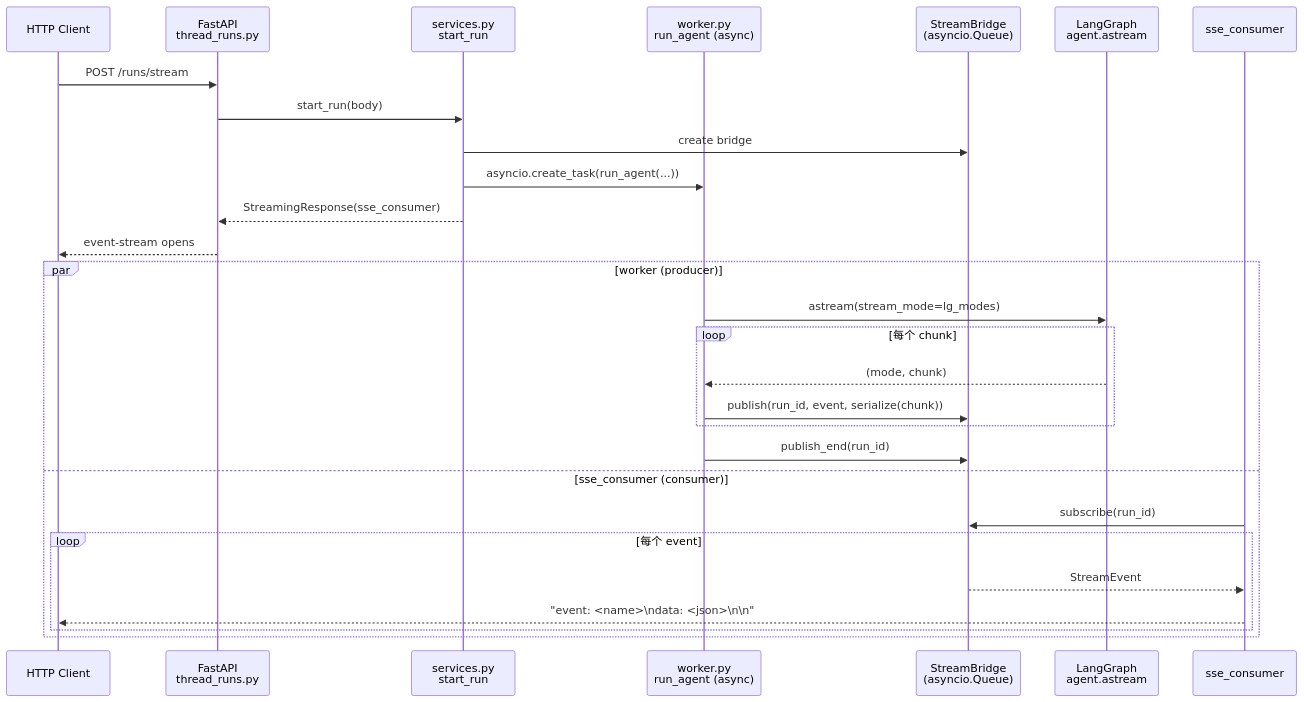
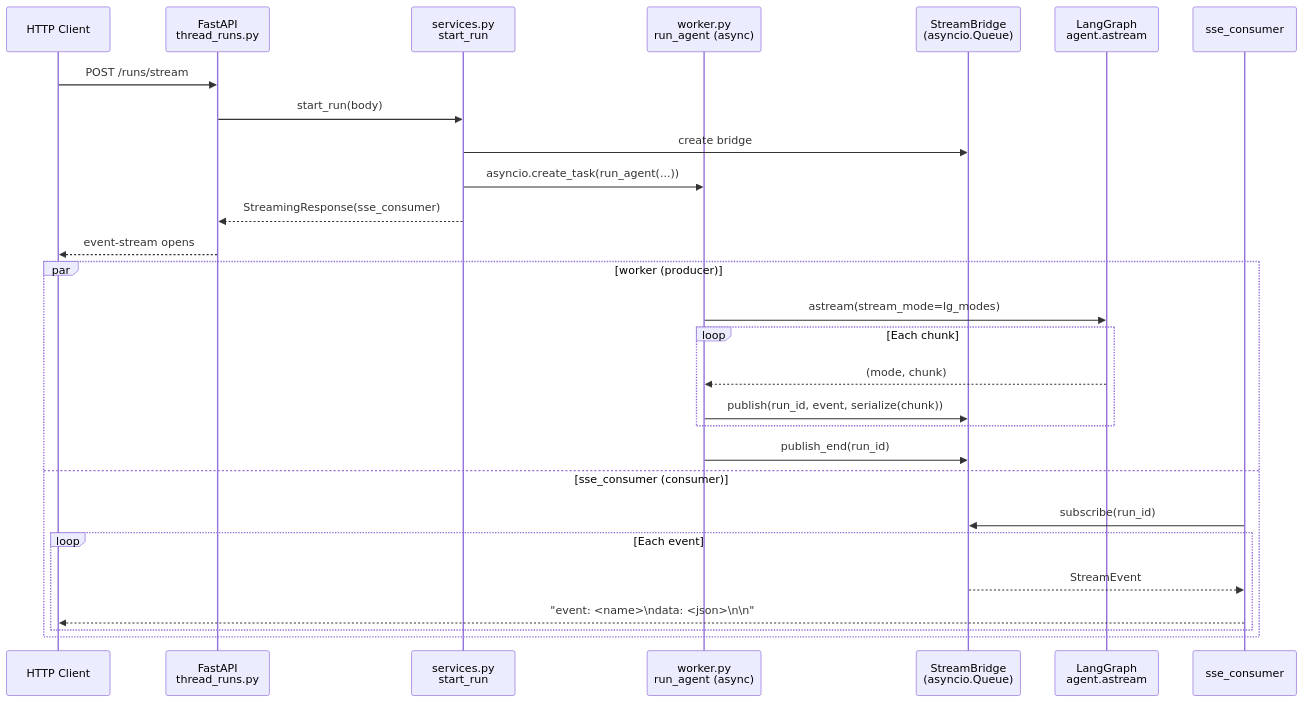
The second of 4 diagrams in backend/docs/STREAMING.md (itsPremkumar/alpha), drawn with Mermaid before and after one commit. The commit also changed other lines of this file and 60 other files, not shown here.

````diff
--- a/backend/docs/STREAMING.md
+++ b/backend/docs/STREAMING.md
@@ -110,32 +110,32 @@
 ```mermaid
 sequenceDiagram
     participant Client as HTTP Client
     participant API as FastAPI<br/>thread_runs.py
     participant Svc as services.py<br/>start_run
     participant Worker as worker.py<br/>run_agent (async)
     participant Bridge as StreamBridge<br/>(asyncio.Queue)
     participant Agent as LangGraph<br/>agent.astream
     participant SSE as sse_consumer
 
     Client->>API: POST /runs/stream
     API->>Svc: start_run(body)
     Svc->>Bridge: create bridge
     Svc->>Worker: asyncio.create_task(run_agent(...))
     Svc-->>API: StreamingResponse(sse_consumer)
     API-->>Client: event-stream opens
 
     par worker (producer)
         Worker->>Agent: astream(stream_mode=lg_modes)
-        loop 每个 chunk
+        loop Each chunk
             Agent-->>Worker: (mode, chunk)
             Worker->>Bridge: publish(run_id, event, serialize(chunk))
         end
         Worker->>Bridge: publish_end(run_id)
     and sse_consumer (consumer)
         SSE->>Bridge: subscribe(run_id)
-        loop 每个 event
+        loop Each event
             Bridge-->>SSE: StreamEvent
             SSE-->>Client: "event: <name>\ndata: <json>\n\n"
         end
     end
 ```
````
